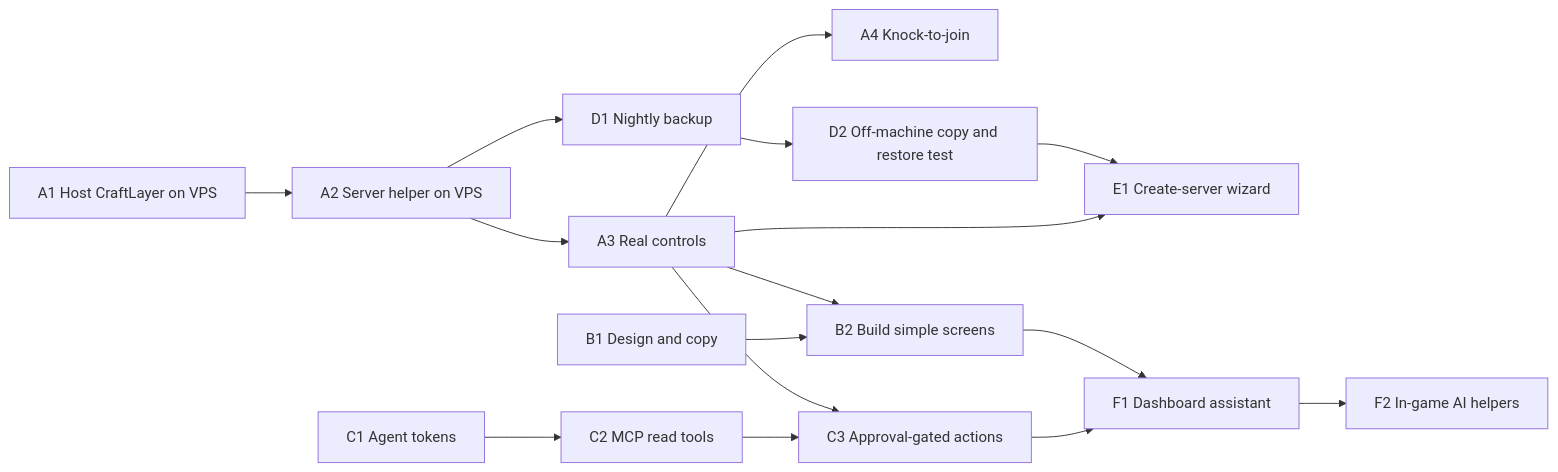
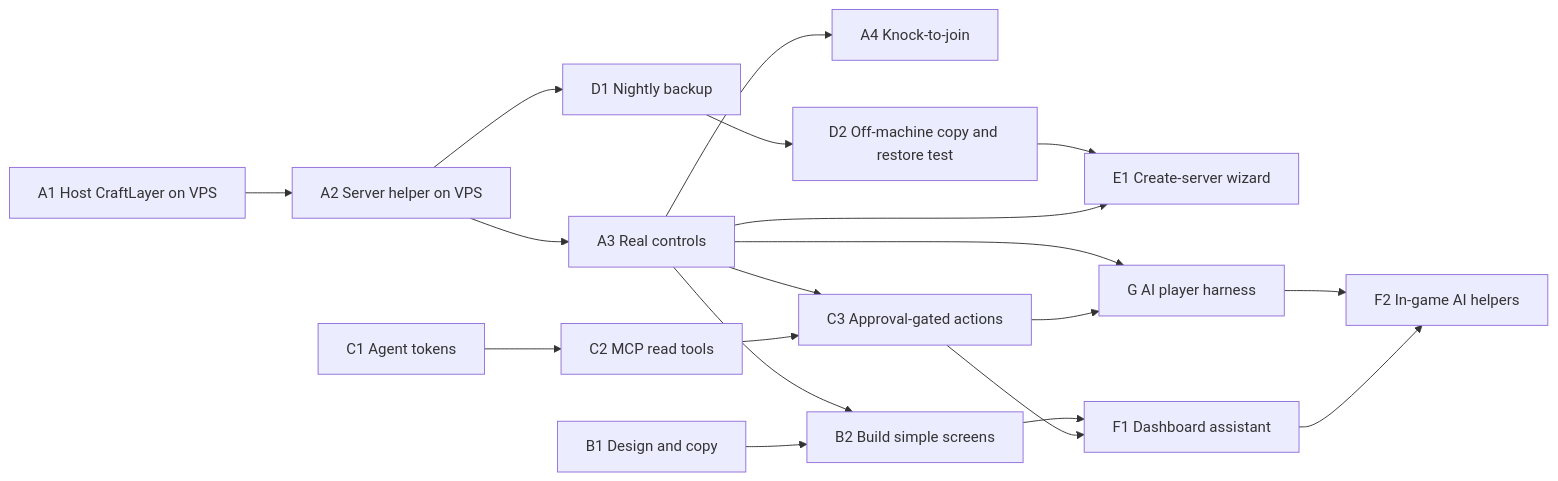
The diagram in docs/MASTER_PLAN.md (coldbathcode/craftlayer), drawn with Mermaid before and after one commit. The commit also changed other lines of this file and 6 other files, not shown here.

First line of the commit message:
docs(plan): plan the AI player harness as the next milestone (G)

````diff
--- a/docs/MASTER_PLAN.md
+++ b/docs/MASTER_PLAN.md
@@ -45,18 +46,21 @@
 ```mermaid
 flowchart LR
   A1[A1 Host CraftLayer on VPS] --> A2[A2 Server helper on VPS]
   A2 --> A3[A3 Real controls]
   A3 --> A4[A4 Knock-to-join]
   B1[B1 Design and copy] --> B2[B2 Build simple screens]
   A3 --> B2
   C1[C1 Agent tokens] --> C2[C2 MCP read tools]
   C2 --> C3[C3 Approval-gated actions]
   A3 --> C3
   A2 --> D1[D1 Nightly backup]
   D1 --> D2[D2 Off-machine copy and restore test]
   A3 --> E1[E1 Create-server wizard]
   D2 --> E1
   C3 --> F1[F1 Dashboard assistant]
   B2 --> F1
   F1 --> F2[F2 In-game AI helpers]
+  C3 --> G[G AI player harness]
+  A3 --> G
+  G --> F2
 ```
````
